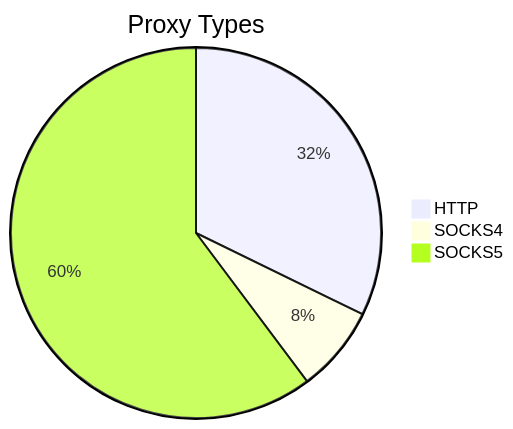
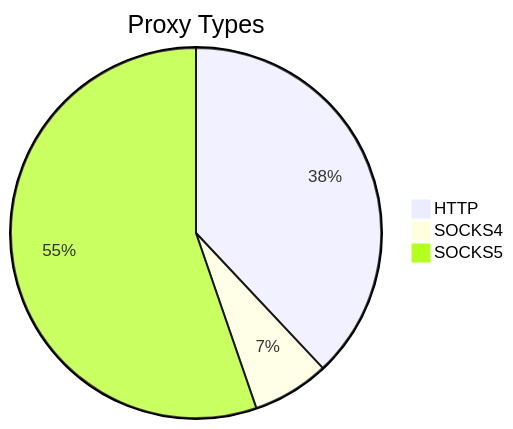
One commit to stormsia/proxy-list changed the first of 2 diagrams in README.md. Above: the diagram before and after it, drawn with Mermaid. The commit also changed other lines of this file, not shown here.

````diff
--- a/README.md
+++ b/README.md
@@ -21,6 +21,6 @@
 ```mermaid
 pie title Proxy Types
-    "HTTP" : 222
-    "SOCKS4" : 52
-    "SOCKS5" : 415
+    "HTTP" : 277
+    "SOCKS4" : 49
+    "SOCKS5" : 403
 ```
````
